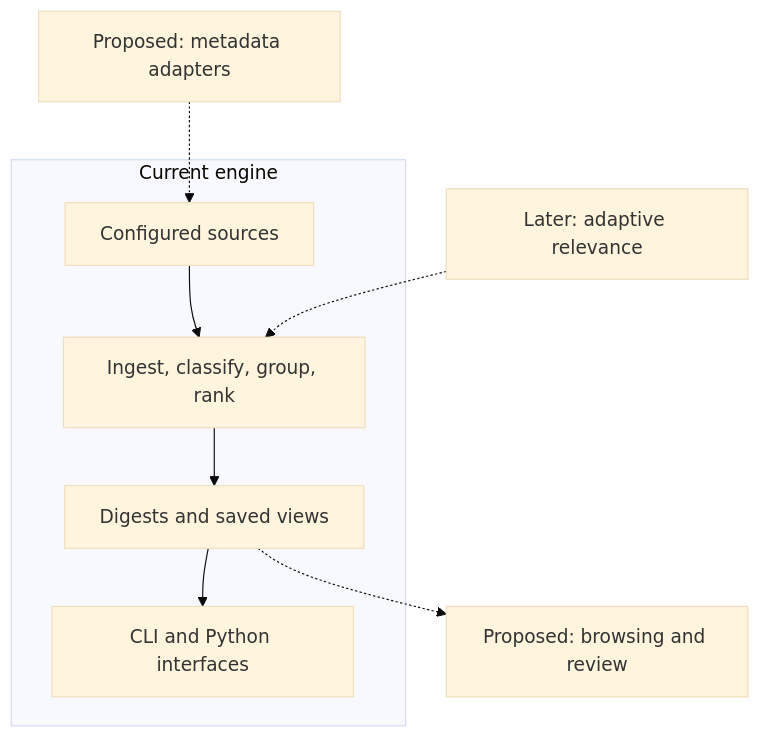
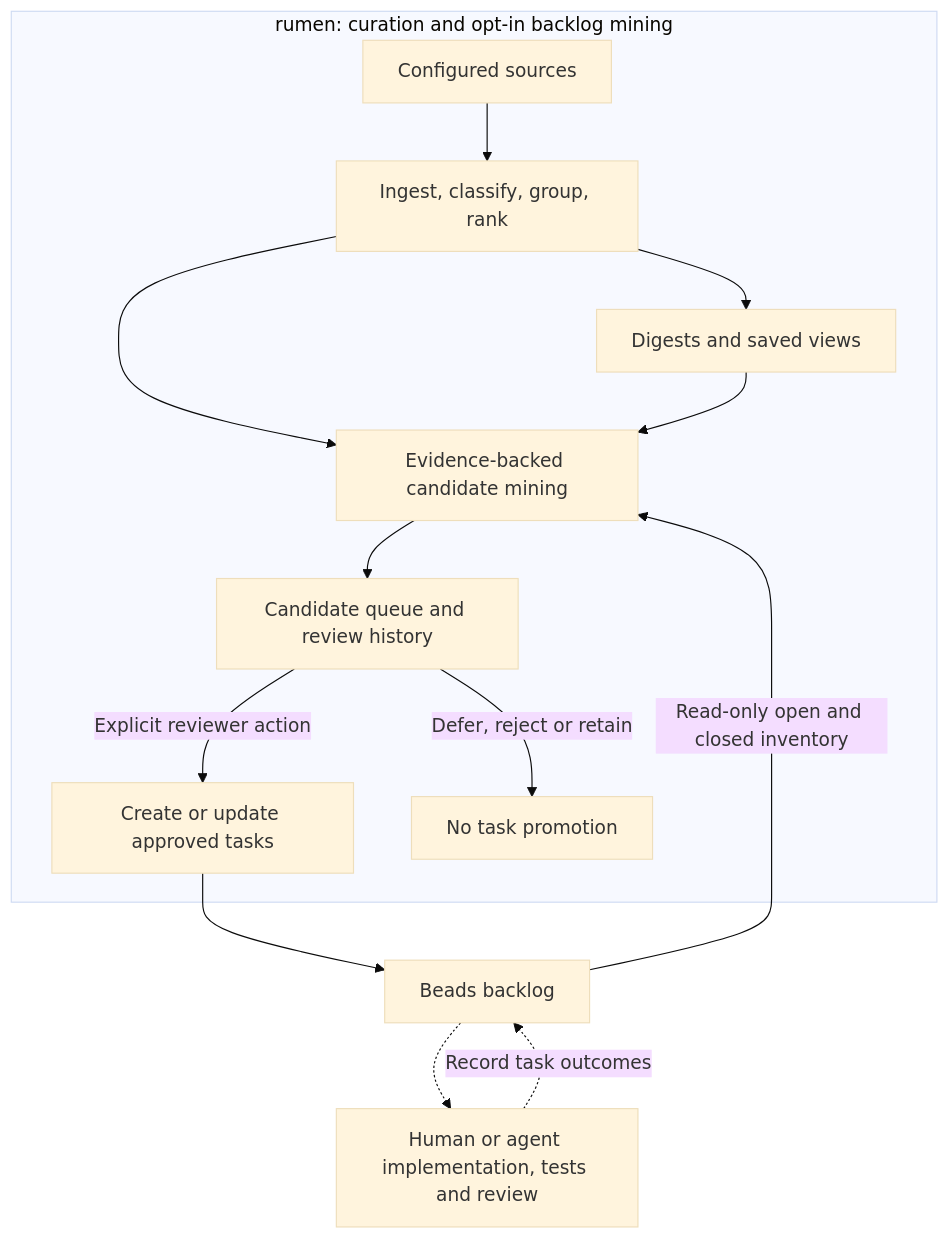
The diagram in README.md (sergeiwallace/rumen), drawn with Mermaid (base theme) before and after one commit. The commit also changed other lines of this file and 1 other file, not shown here.

Commit message:
docs: highlight knowledge-to-backlog repository improvement workflows (#12)

````diff
--- a/README.md
+++ b/README.md
@@ -64,11 +88,16 @@
 ```mermaid
 flowchart TD
-    subgraph current["Current engine"]
+    subgraph engine["rumen: curation and opt-in backlog mining"]
         sources["Configured sources"] --> pipeline["Ingest, classify, group, rank"]
-        pipeline --> content["Digests and saved views"]
-        content --> interfaces["CLI and Python interfaces"]
+        pipeline --> digests["Digests and saved views"]
+        pipeline --> mining["Evidence-backed candidate mining"]
+        digests --> mining
+        mining --> review["Candidate queue and review history"]
+        review -->|"Explicit reviewer action"| promotion["Create or update approved tasks"]
+        review -->|"Defer, reject or retain"| knowledge["No task promotion"]
     end
-    metadata["Proposed: metadata adapters"] -.-> sources
-    content -.-> review["Proposed: browsing and review"]
-    adaptive["Later: adaptive relevance"] -.-> pipeline
+    promotion --> backlog["Beads backlog"]
+    backlog -->|"Read-only open and closed inventory"| mining
+    backlog -.-> development["Human or agent implementation, tests and review"]
+    development -.->|"Record task outcomes"| backlog
 ```
````
